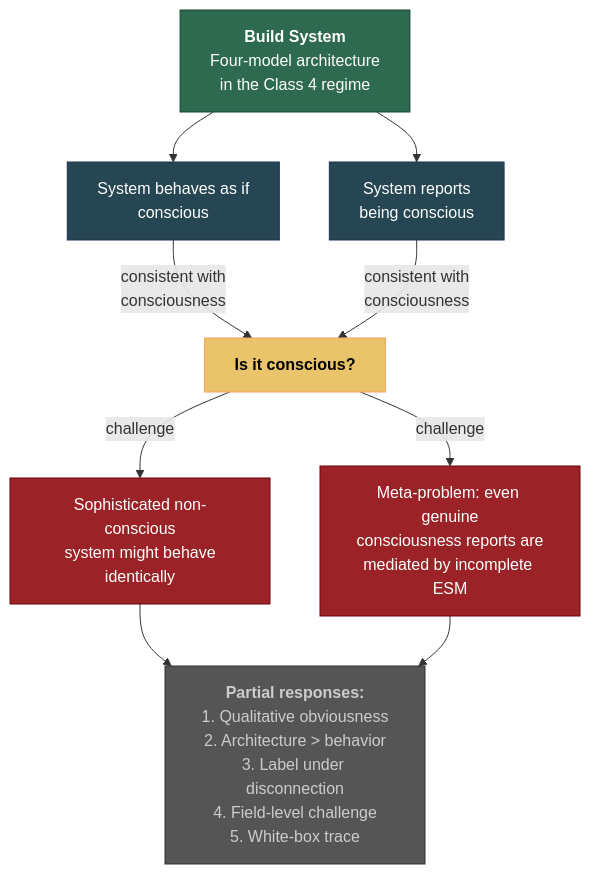
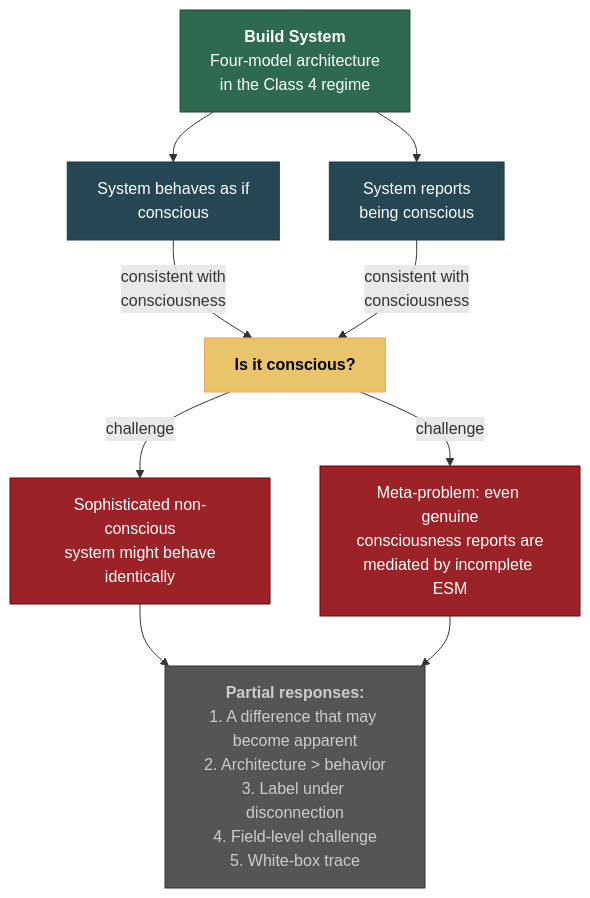
One commit to JeltzProstetnic/aIware changed the diagram in wiki/limitations/other-minds.md. Above: the diagram before and after it, drawn with Mermaid. The commit also changed other lines of this file and 366 other files, not shown here.

````diff
--- a/wiki/limitations/other-minds.md
+++ b/wiki/limitations/other-minds.md
@@ -47,32 +47,32 @@
 ```mermaid
 graph TD
     BUILD["<b>Build System</b><br/>Four-model architecture<br/>in the Class 4 regime"]
     BEHAVE["System behaves as if<br/>conscious"]
     REPORTS["System reports<br/>being conscious"]
 
     BUILD --> BEHAVE
     BUILD --> REPORTS
 
     Q1["<b>Is it conscious?</b>"]
     BEHAVE -->|"consistent with<br/>consciousness"| Q1
     REPORTS -->|"consistent with<br/>consciousness"| Q1
 
     PROB1["Sophisticated non-conscious<br/>system might behave<br/>identically"]
     PROB2["Meta-problem: even genuine<br/>consciousness reports are<br/>mediated by incomplete ESM"]
 
     Q1 -->|"challenge"| PROB1
     Q1 -->|"challenge"| PROB2
 
-    PARTIAL["<b>Partial responses:</b><br/>1. Qualitative obviousness<br/>2. Architecture > behavior<br/>3. Label under disconnection<br/>4. Field-level challenge<br/>5. White-box trace"]
+    PARTIAL["<b>Partial responses:</b><br/>1. A difference that may become apparent<br/>2. Architecture > behavior<br/>3. Label under disconnection<br/>4. Field-level challenge<br/>5. White-box trace"]
 
     PROB1 --> PARTIAL
     PROB2 --> PARTIAL
 
     style BUILD fill:#2d6a4f,color:#fff,stroke:#1b4332
     style BEHAVE fill:#264653,color:#fff,stroke:#1d3557
     style REPORTS fill:#264653,color:#fff,stroke:#1d3557
     style Q1 fill:#e9c46a,color:#000,stroke:#f4a261
     style PROB1 fill:#9b2226,color:#fff,stroke:#6a040f
     style PROB2 fill:#9b2226,color:#fff,stroke:#6a040f
     style PARTIAL fill:#555,color:#ccc,stroke:#333
 ```
````
